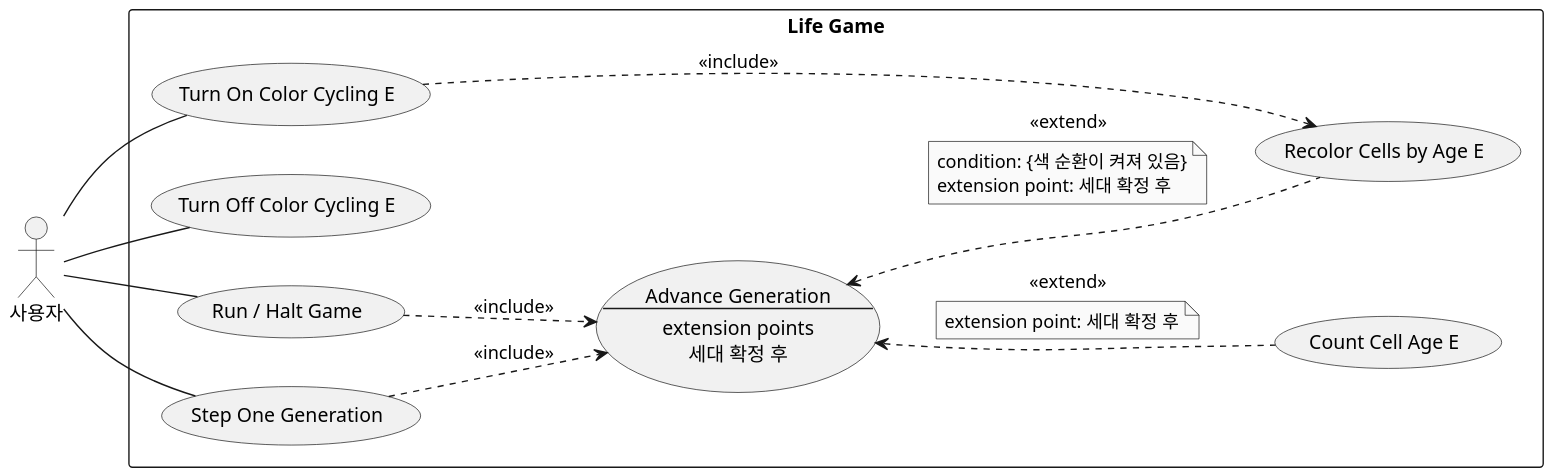
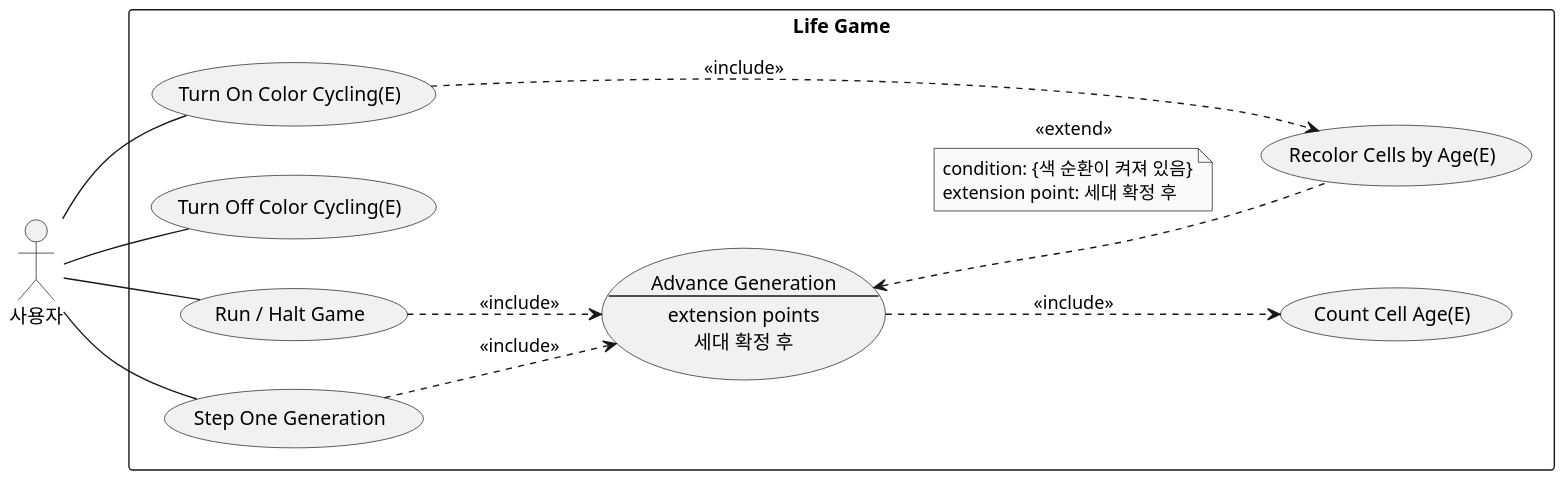
The diagram in docs/color-gen/diagrams/usecase-color.puml (mckimR1972/DP_team_project), drawn with PlantUML before and after one commit. The commit also changed 3 other files, not shown here.

```diff
--- a/docs/color-gen/diagrams/usecase-color.puml
+++ b/docs/color-gen/diagrams/usecase-color.puml
@@ -1,43 +1,40 @@
 @startuml usecase-color
 skinparam monochrome true
 skinparam dpi 150
 skinparam shadowing false
 skinparam defaultFontName "Malgun Gothic"
 skinparam usecaseBackgroundColor #F1F1F1
 left to right direction
 
 actor "사용자" as User
 
 rectangle "Life Game" {
-  usecase "Turn On Color Cycling E" as On
-  usecase "Turn Off Color Cycling E" as Off
+  usecase "Turn On Color Cycling(E)" as On
+  usecase "Turn Off Color Cycling(E)" as Off
   usecase "Run / Halt Game" as Run
   usecase "Step One Generation" as Step
 
   usecase Advance as "Advance Generation
 --
 extension points
 세대 확정 후"
 
-  usecase "Recolor Cells by Age E" as Recolor
-  usecase "Count Cell Age E" as Count
+  usecase "Recolor Cells by Age(E)" as Recolor
+  usecase "Count Cell Age(E)" as Count
 }
 
 User -- On
 User -- Off
 User -- Run
 User -- Step
 
 On ...> Recolor : <<include>>
 Run ..> Advance : <<include>>
 Step ..> Advance : <<include>>
 Advance <.. Recolor : <<extend>>
 note on link
   condition: {색 순환이 켜져 있음}
   extension point: 세대 확정 후
 end note
-Advance <.. Count : <<extend>>
-note on link
-  extension point: 세대 확정 후
-end note
+Advance ..> Count : <<include>>
 @enduml
```
